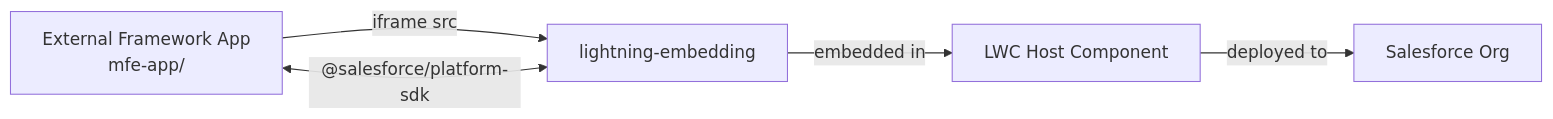
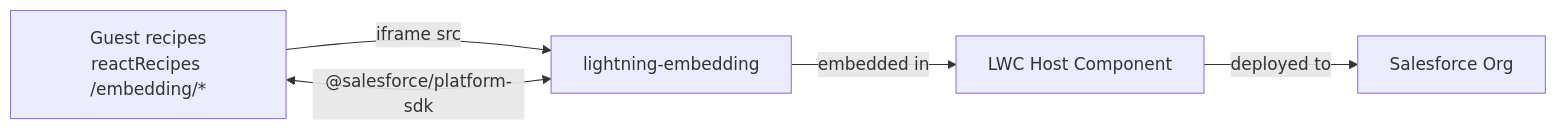
Before and after one commit to trailheadapps/multiframework-recipes: the second of 2 diagrams in README.md, drawn with Mermaid. The commit also changed other lines of this file and 31 other files, not shown here.

Commit message:
mfe-app moved under react-recipes

````diff
--- a/README.md
+++ b/README.md
@@ -45,7 +45,7 @@
 ```mermaid
 graph LR
-    A[External Framework App<br/>mfe-app/] -->|iframe src| B[lightning-embedding]
+    A[Guest recipes<br/>reactRecipes /embedding/*] -->|iframe src| B[lightning-embedding]
     B -->|embedded in| C[LWC Host Component]
     C -->|deployed to| D[Salesforce Org]
     A <-->|"@salesforce/platform-sdk"| B
 ```
````
